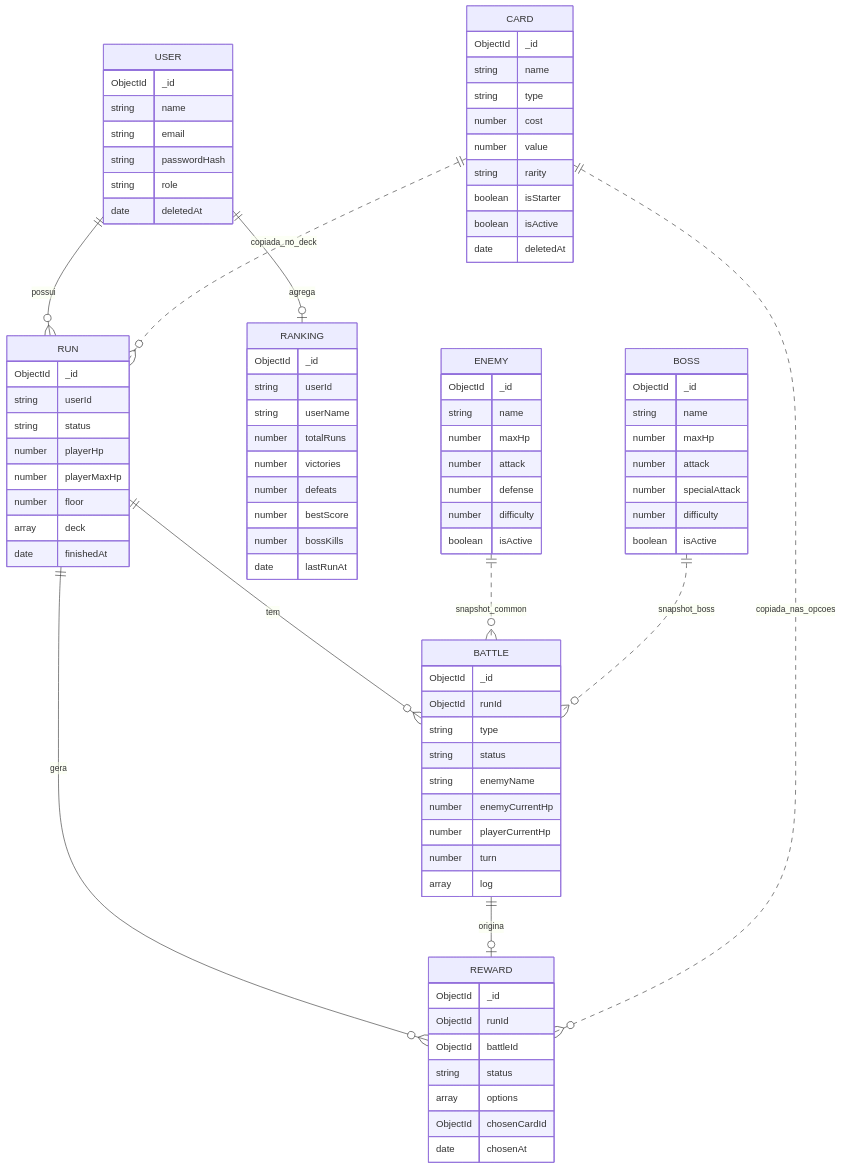
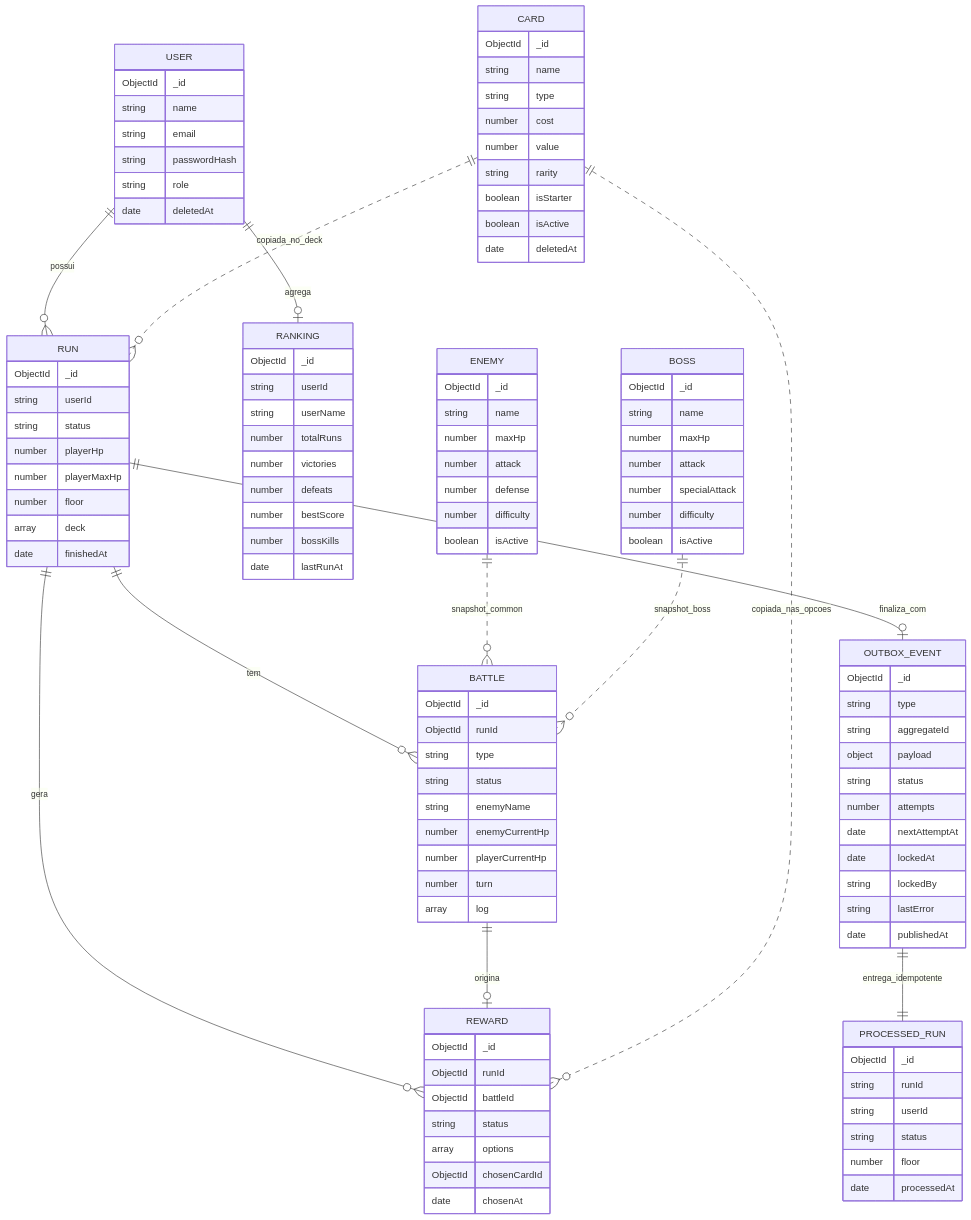
Before and after one commit to VitorFcosta/api_roguelike: the diagram in docs/mongodb-modeling.md, drawn with Mermaid. The commit also changed other lines of this file and 48 other files, not shown here.

Commit message:
Refactor roguelike API state and combat flow

````diff
--- a/docs/mongodb-modeling.md
+++ b/docs/mongodb-modeling.md
@@ -15,7 +15,9 @@
   USER ||--o| RANKING : agrega
   RUN ||--o{ BATTLE : tem
   RUN ||--o{ REWARD : gera
+  RUN ||--o| OUTBOX_EVENT : finaliza_com
   BATTLE ||--o| REWARD : origina
+  OUTBOX_EVENT ||--|| PROCESSED_RUN : entrega_idempotente
   CARD ||..o{ RUN : copiada_no_deck
   CARD ||..o{ REWARD : copiada_nas_opcoes
   ENEMY ||..o{ BATTLE : snapshot_common
@@ -95,6 +97,20 @@
     date chosenAt
   }
 
+  OUTBOX_EVENT {
+    ObjectId _id
+    string type
+    string aggregateId
+    object payload
+    string status
+    number attempts
+    date nextAttemptAt
+    date lockedAt
+    string lockedBy
+    string lastError
+    date publishedAt
+  }
+
   RANKING {
     ObjectId _id
     string userId
@@ -106,4 +122,13 @@
     number bossKills
     date lastRunAt
   }
+
+  PROCESSED_RUN {
+    ObjectId _id
+    string runId
+    string userId
+    string status
+    number floor
+    date processedAt
+  }
 ```
````
